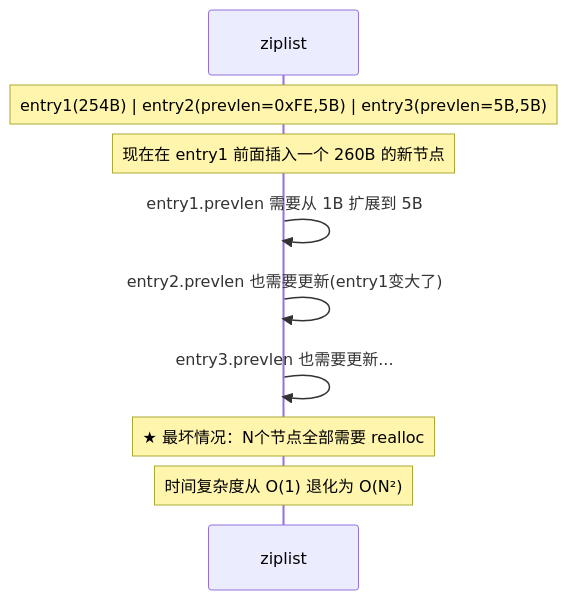
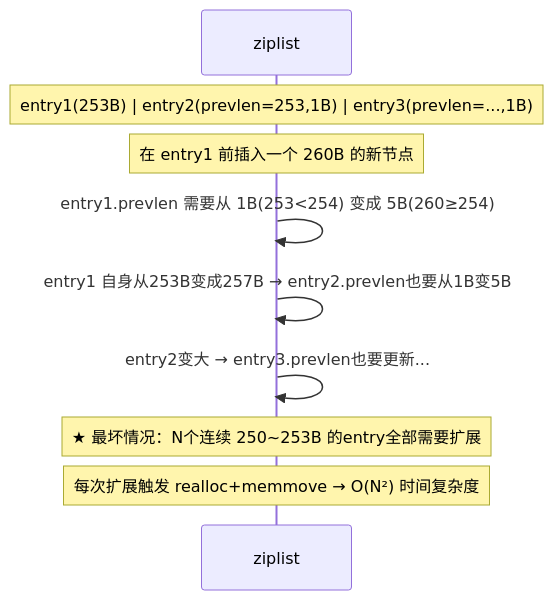
Before and after one commit to qigao0787-ops/gq-test: the sixth of 31 diagrams in document/strengthen/分布式技术面试总结_增强版.md, drawn with Mermaid. The commit also changed other lines of this file, not shown here.

````diff
--- a/document/strengthen/分布式技术面试总结_增强版.md
+++ b/document/strengthen/分布式技术面试总结_增强版.md
@@ -435,11 +619,11 @@
 ```mermaid
 sequenceDiagram
     participant Z as ziplist
-    Note over Z: entry1(254B) | entry2(prevlen=0xFE,5B) | entry3(prevlen=5B,5B)
-    Note over Z: 现在在 entry1 前面插入一个 260B 的新节点
-    Z->>Z: entry1.prevlen 需要从 1B 扩展到 5B
-    Z->>Z: entry2.prevlen 也需要更新(entry1变大了)
-    Z->>Z: entry3.prevlen 也需要更新...
-    Note over Z: ★ 最坏情况：N个节点全部需要 realloc
-    Note over Z: 时间复杂度从 O(1) 退化为 O(N²)
+    Note over Z: entry1(253B) | entry2(prevlen=253,1B) | entry3(prevlen=...,1B)
+    Note over Z: 在 entry1 前插入一个 260B 的新节点
+    Z->>Z: entry1.prevlen 需要从 1B(253<254) 变成 5B(260≥254)
+    Z->>Z: entry1 自身从253B变成257B → entry2.prevlen也要从1B变5B
+    Z->>Z: entry2变大 → entry3.prevlen也要更新...
+    Note over Z: ★ 最坏情况：N个连续 250~253B 的entry全部需要扩展
+    Note over Z: 每次扩展触发 realloc+memmove → O(N²) 时间复杂度
 ```
````
